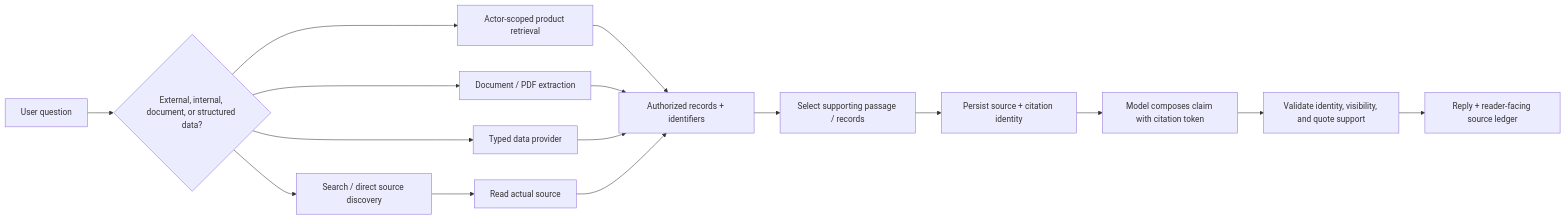
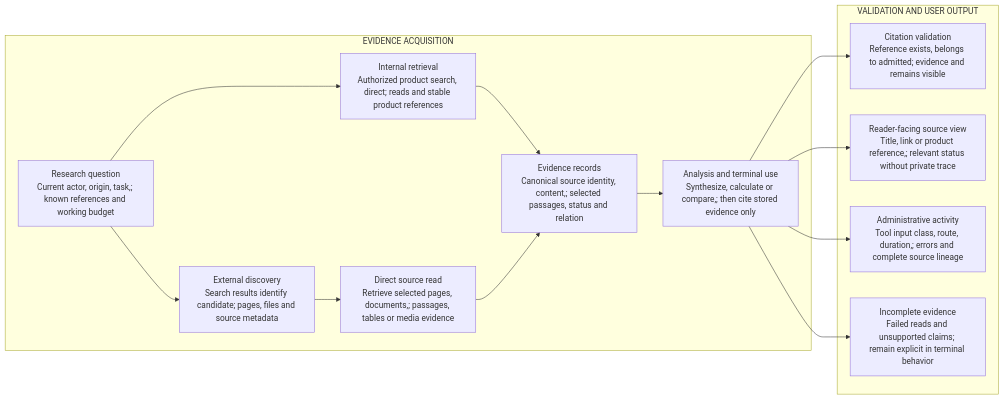
Before and after one commit to wahargis/portfolio: the diagram in flip-technical-overview/diagrams/retrieval-source-citation-flow.mmd, drawn with Mermaid. The commit also changed 59 other files, not shown here.

```diff
--- a/flip-technical-overview/diagrams/retrieval-source-citation-flow.mmd
+++ b/flip-technical-overview/diagrams/retrieval-source-citation-flow.mmd
@@ -1,16 +1,25 @@
 flowchart LR
-    Q["User question"] --> KIND{"External, internal, document, or structured data?"}
-    KIND --> EXT["Search / direct source discovery"]
-    KIND --> INT["Actor-scoped product retrieval"]
-    KIND --> DOC["Document / PDF extraction"]
-    KIND --> DATA["Typed data provider"]
-    EXT --> READ["Read actual source"]
-    INT --> EVIDENCE["Authorized records + identifiers"]
-    DOC --> EVIDENCE
-    DATA --> EVIDENCE
-    READ --> EVIDENCE
-    EVIDENCE --> SELECT["Select supporting passage / records"]
-    SELECT --> MINT["Persist source + citation identity"]
-    MINT --> DRAFT["Model composes claim with citation token"]
-    DRAFT --> VERIFY["Validate identity, visibility, and quote support"]
-    VERIFY --> REPLY["Reply + reader-facing source ledger"]
+  subgraph TOP["EVIDENCE ACQUISITION"]
+    T0["Research question\nCurrent actor, origin, task,; known references and working budget"]
+    T1["Internal retrieval\nAuthorized product search, direct; reads and stable product references"]
+    T2["External discovery\nSearch results identify candidate; pages, files and source metadata"]
+    T3["Direct source read\nRetrieve selected pages, documents,; passages, tables or media evidence"]
+    T4["Evidence records\nCanonical source identity, content,; selected passages, status and relation"]
+    T5["Analysis and terminal use\nSynthesize, calculate or compare,; then cite stored evidence only"]
+  end
+  subgraph BOTTOM["VALIDATION AND USER OUTPUT"]
+    B0["Citation validation\nReference exists, belongs to admitted; evidence and remains visible"]
+    B1["Reader-facing source view\nTitle, link or product reference,; relevant status without private trace"]
+    B2["Administrative activity\nTool input class, route, duration,; errors and complete source lineage"]
+    B3["Incomplete evidence\nFailed reads and unsupported claims; remain explicit in terminal behavior"]
+  end
+  T0 --> T1
+  T0 --> T2
+  T2 --> T3
+  T1 --> T4
+  T3 --> T4
+  T4 --> T5
+  T5 --> B0
+  T5 --> B1
+  T5 --> B2
+  T5 --> B3
```
